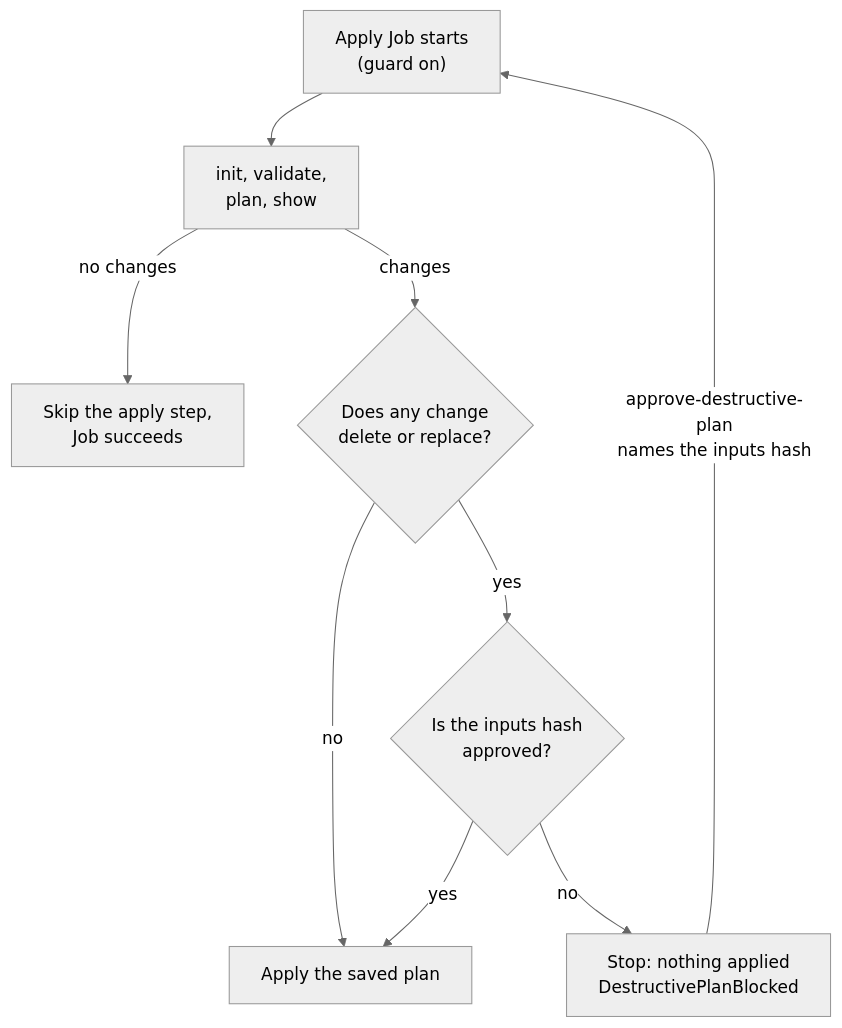
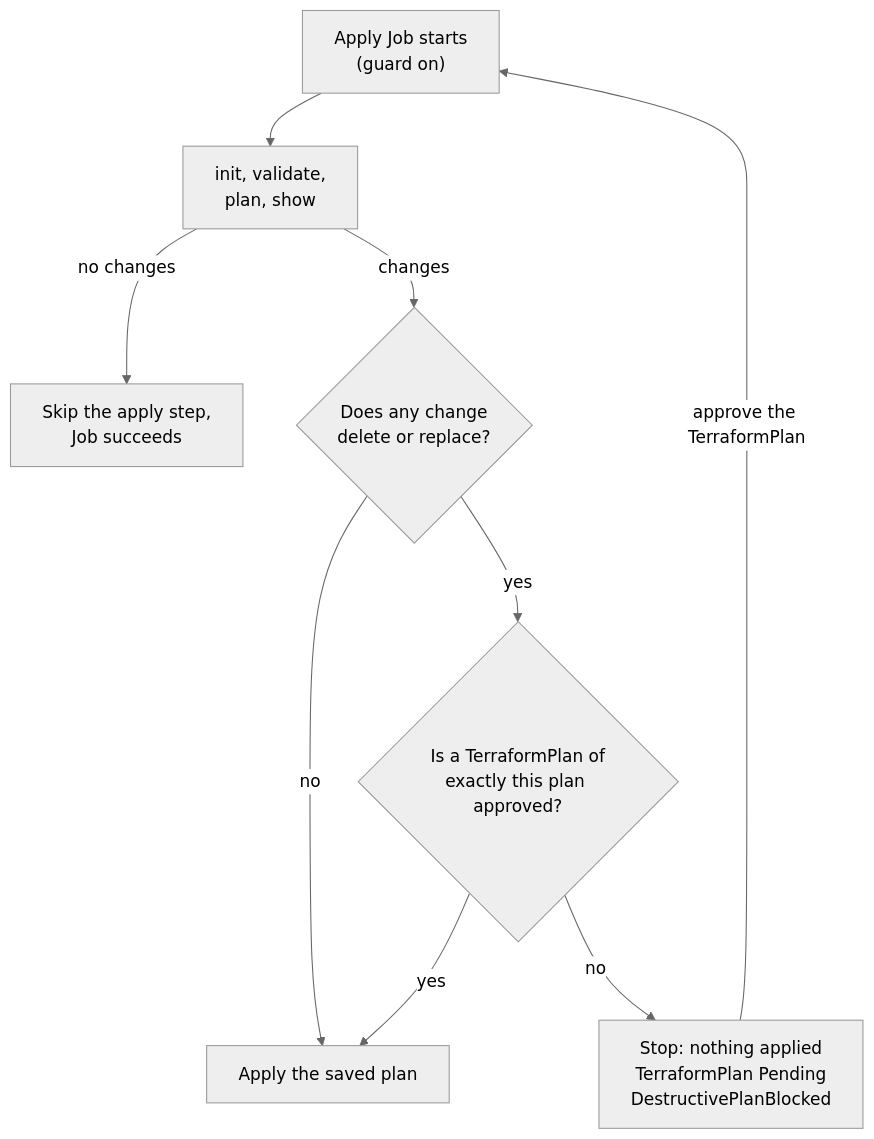
Before and after one commit to captf-io/captf-io.github.io: the diagram in docs/docs/concepts/approvals/destructive-guard.md, drawn with Mermaid (neutral theme). The commit also changed other lines of this file and 7 other files, not shown here.

First line of the commit message:
docs: describe approvals through TerraformPlan

````diff
--- a/docs/docs/concepts/approvals/destructive-guard.md
+++ b/docs/docs/concepts/approvals/destructive-guard.md
@@ -27,11 +27,11 @@
 ```mermaid
 flowchart TD
     A["Apply Job starts<br/>(guard on)"] --> B["init, validate,<br/>plan, show"]
     B -->|no changes| S["Skip the apply step,<br/>Job succeeds"]
     B -->|changes| D{"Does any change<br/>delete or replace?"}
     D -->|no| AP["Apply the saved plan"]
-    D -->|yes| H{"Is the inputs hash<br/>approved?"}
+    D -->|yes| H{"Is a TerraformPlan of<br/>exactly this plan approved?"}
     H -->|yes| AP
-    H -->|no| BL["Stop: nothing applied<br/>DestructivePlanBlocked"]
-    BL -->|"approve-destructive-plan<br/>names the inputs hash"| A
+    H -->|no| BL["Stop: nothing applied<br/>TerraformPlan Pending<br/>DestructivePlanBlocked"]
+    BL -->|"approve the TerraformPlan"| A
 ```
````
